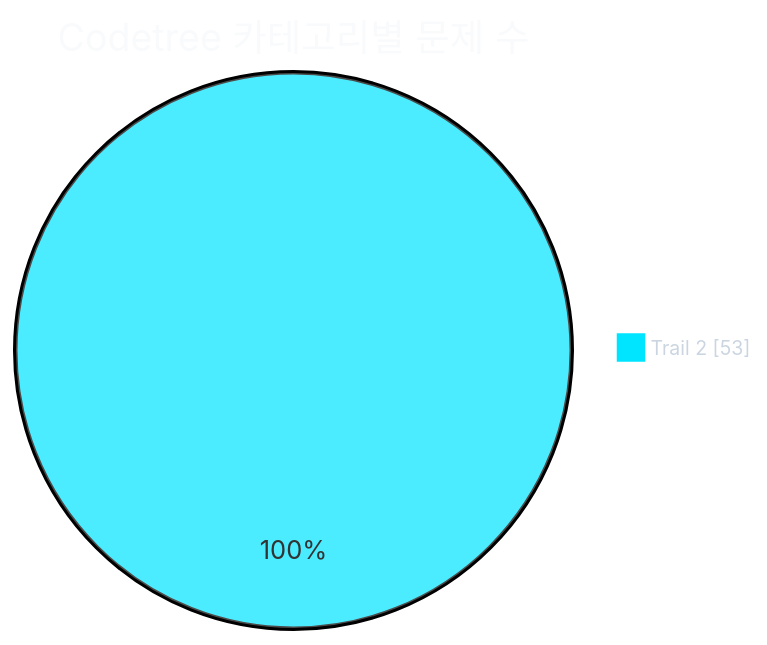
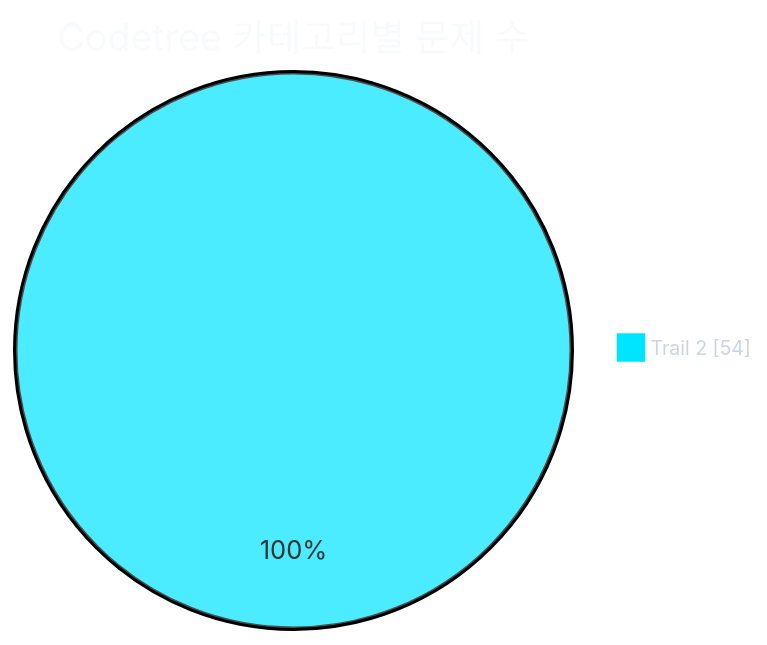
The first of 2 diagrams in readme.md (CHOOSLA/Algorithm), drawn with Mermaid before and after one commit. The commit also changed other lines of this file and 2 other files, not shown here.

````diff
--- a/readme.md
+++ b/readme.md
@@ -31,21 +31,21 @@
 ```mermaid
 ---
 config:
   theme: base
   themeVariables:
     background: '#0d1117'
     pieTitleTextColor: '#f8fafc'
     pieLegendTextColor: '#cbd5e1'
     pieLegendTextSize: '13px'
     pie1: '#00e5ff'
     pie2: '#22c55e'
     pie3: '#f59e0b'
     pie4: '#a855f7'
     pie5: '#ec4899'
     pie6: '#3b82f6'
     pie7: '#64748b'
 ---
 pie showData
   title Codetree 카테고리별 문제 수
-  "Trail 2" : 53
+  "Trail 2" : 54
 ```
````
